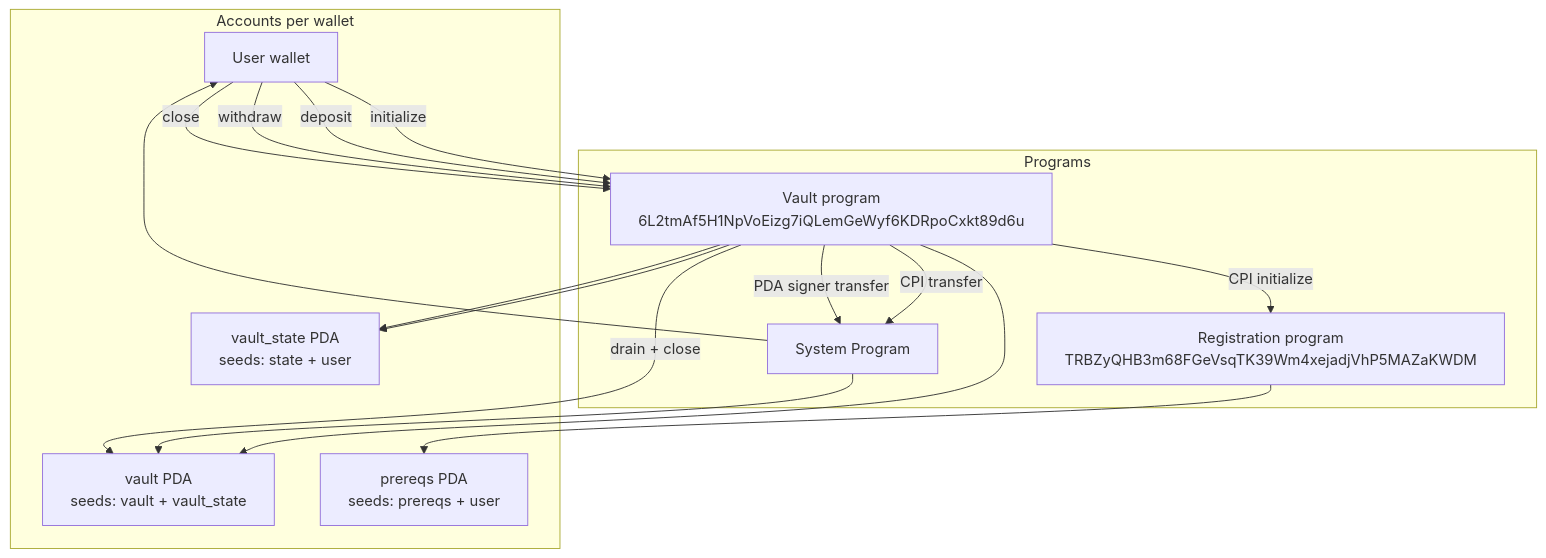
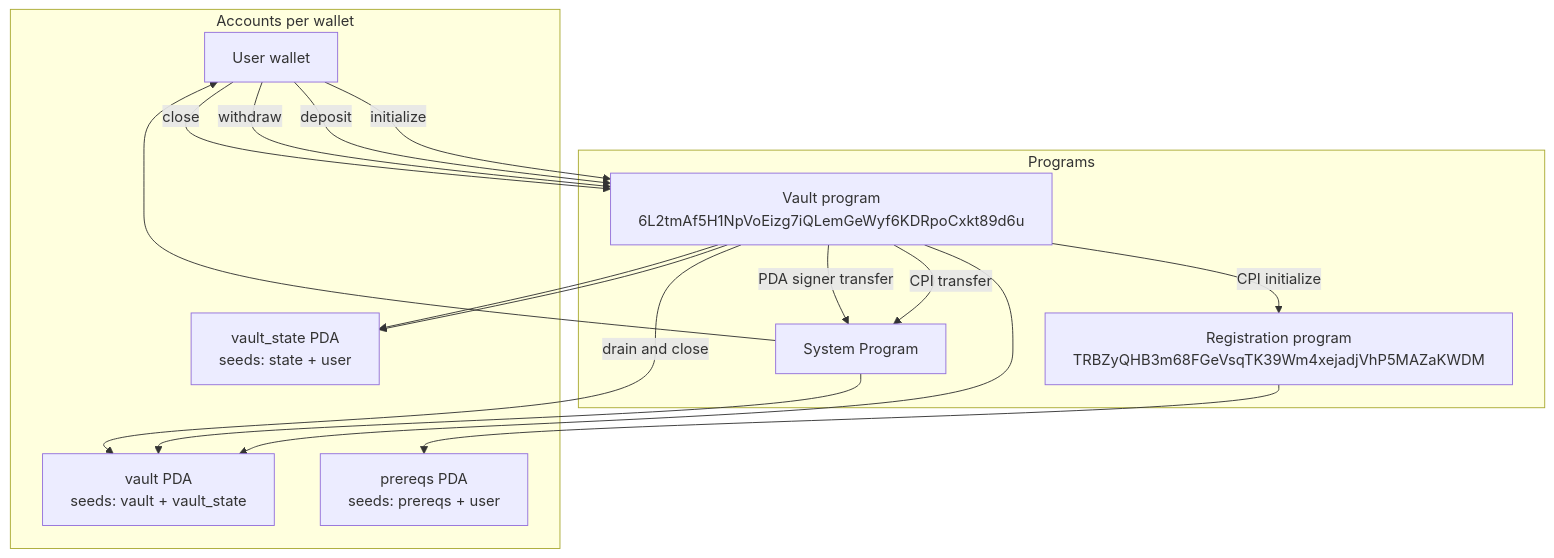
The first of 2 diagrams in docs/ARCHITECTURE.md (akshitj11/Q3_26_Builder_akshitj11), drawn with Mermaid before and after one commit. The commit also changed other lines of this file and 1 other file, not shown here.

First line of the commit message:
docs: refactor readme and architecture prose

````diff
--- a/docs/ARCHITECTURE.md
+++ b/docs/ARCHITECTURE.md
@@ -7,33 +7,33 @@
 ```mermaid
 flowchart TB
     subgraph accounts [Accounts per wallet]
         user[User wallet]
         vaultState["vault_state PDA\nseeds: state + user"]
         vaultPDA["vault PDA\nseeds: vault + vault_state"]
         regPDA["prereqs PDA\nseeds: prereqs + user"]
     end
 
     subgraph programs [Programs]
         vaultProg["Vault program\n6L2tmAf5H1NpVoEizg7iQLemGeWyf6KDRpoCxkt89d6u"]
         systemProg[System Program]
         regProg["Registration program\nTRBZyQHB3m68FGeVsqTK39Wm4xejadjVhP5MAZaKWDM"]
     end
 
     user -->|"initialize"| vaultProg
     vaultProg --> vaultState
     vaultProg --> vaultPDA
 
     user -->|"deposit"| vaultProg
     vaultProg -->|"CPI transfer"| systemProg
     systemProg --> vaultPDA
 
     user -->|"withdraw"| vaultProg
     vaultProg -->|"PDA signer transfer"| systemProg
     systemProg --> user
     vaultProg -->|"CPI initialize"| regProg
     regProg --> regPDA
 
     user -->|"close"| vaultProg
-    vaultProg -->|"drain + close"| vaultPDA
+    vaultProg -->|"drain and close"| vaultPDA
     vaultProg --> vaultState
 ```
````
